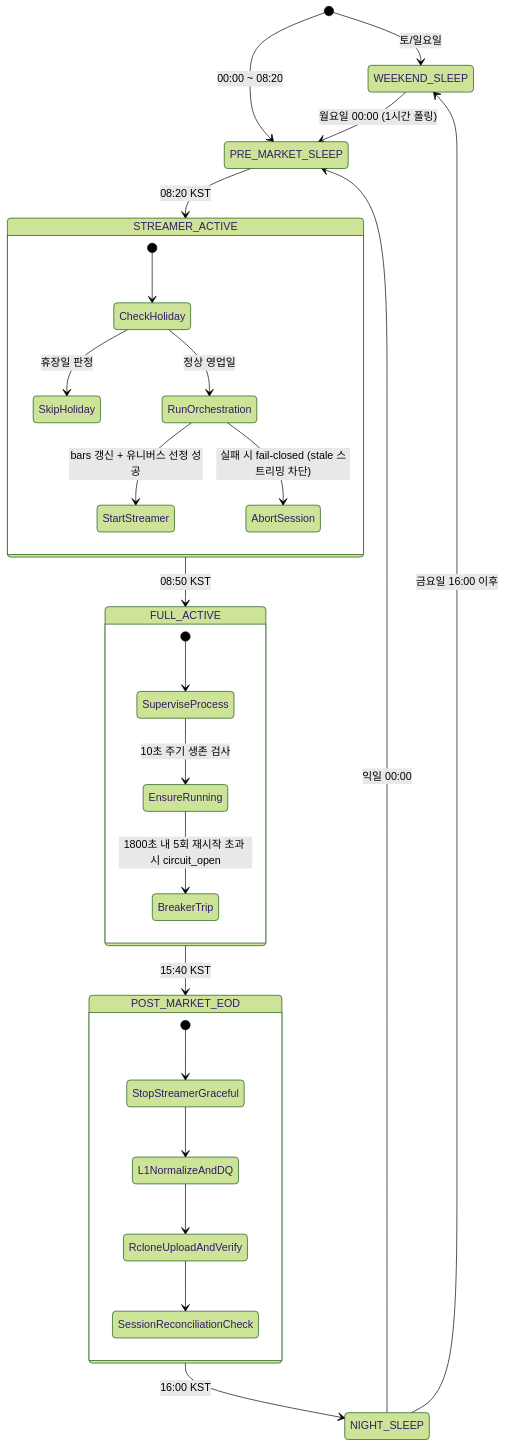
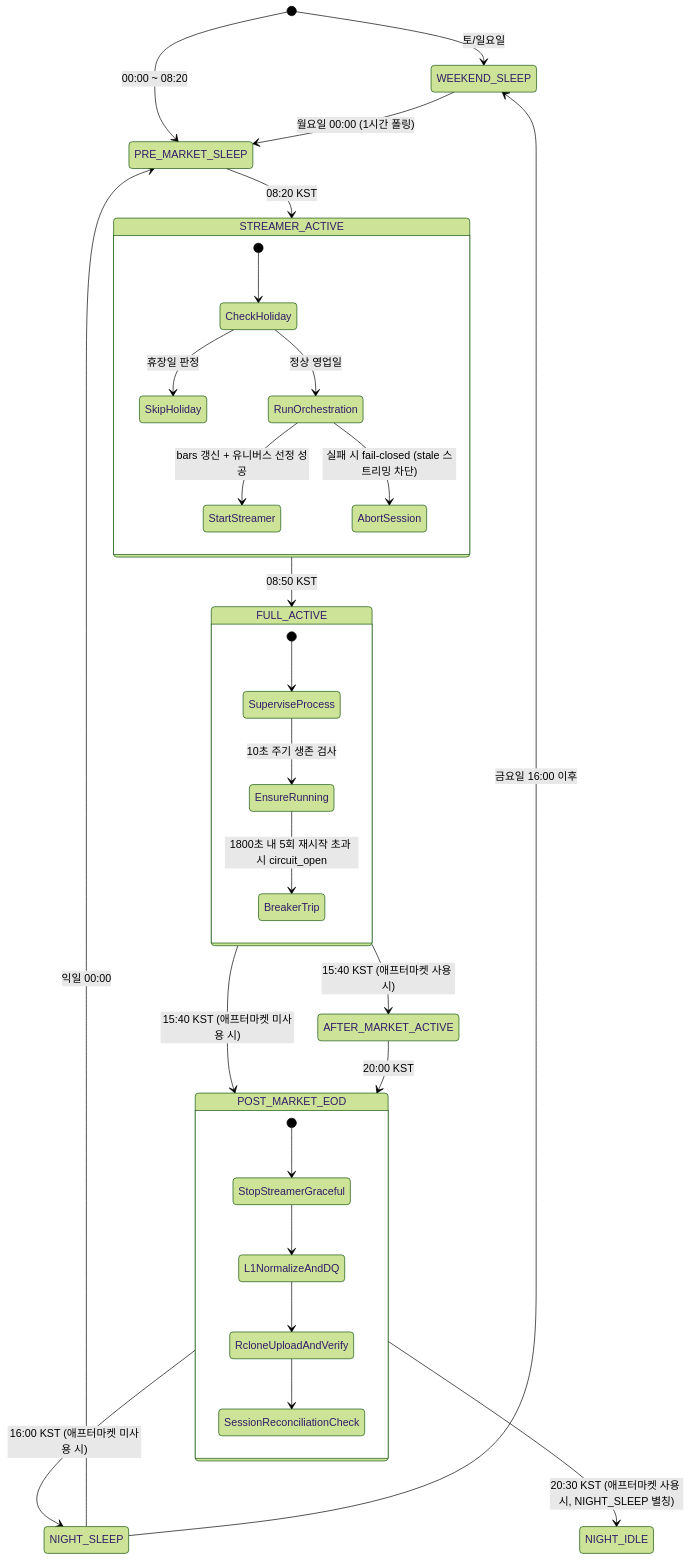
Before and after one commit to KTHYEONG/krx-alpha: the third of 3 diagrams in docs/architecture/overview.md, drawn with Mermaid (forest theme). The commit also changed other lines of this file and 70 other files, not shown here.

````diff
--- a/docs/architecture/overview.md
+++ b/docs/architecture/overview.md
@@ -120,34 +120,37 @@
 ```mermaid
 stateDiagram-v2
     [*] --> WEEKEND_SLEEP: 토/일요일
     [*] --> PRE_MARKET_SLEEP: 00:00 ~ 08:20
 
     WEEKEND_SLEEP --> PRE_MARKET_SLEEP: 월요일 00:00 (1시간 폴링)
     PRE_MARKET_SLEEP --> STREAMER_ACTIVE: 08:20 KST
     STREAMER_ACTIVE --> FULL_ACTIVE: 08:50 KST
-    FULL_ACTIVE --> POST_MARKET_EOD: 15:40 KST
-    POST_MARKET_EOD --> NIGHT_SLEEP: 16:00 KST
+    FULL_ACTIVE --> POST_MARKET_EOD: 15:40 KST (애프터마켓 미사용 시)
+    FULL_ACTIVE --> AFTER_MARKET_ACTIVE: 15:40 KST (애프터마켓 사용 시)
+    AFTER_MARKET_ACTIVE --> POST_MARKET_EOD: 20:00 KST
+    POST_MARKET_EOD --> NIGHT_SLEEP: 16:00 KST (애프터마켓 미사용 시)
+    POST_MARKET_EOD --> NIGHT_IDLE: 20:30 KST (애프터마켓 사용 시, NIGHT_SLEEP 별칭)
     NIGHT_SLEEP --> PRE_MARKET_SLEEP: 익일 00:00
     NIGHT_SLEEP --> WEEKEND_SLEEP: 금요일 16:00 이후
 
     state STREAMER_ACTIVE {
         [*] --> CheckHoliday
         CheckHoliday --> SkipHoliday: 휴장일 판정
         CheckHoliday --> RunOrchestration: 정상 영업일
         RunOrchestration --> StartStreamer: bars 갱신 + 유니버스 선정 성공
         RunOrchestration --> AbortSession: 실패 시 fail-closed (stale 스트리밍 차단)
     }
 
     state FULL_ACTIVE {
         [*] --> SuperviseProcess
         SuperviseProcess --> EnsureRunning: 10초 주기 생존 검사
         EnsureRunning --> BreakerTrip: 1800초 내 5회 재시작 초과 시 circuit_open
     }
 
     state POST_MARKET_EOD {
         [*] --> StopStreamerGraceful
         StopStreamerGraceful --> L1NormalizeAndDQ
         L1NormalizeAndDQ --> RcloneUploadAndVerify
         RcloneUploadAndVerify --> SessionReconciliationCheck
     }
 ```
````
